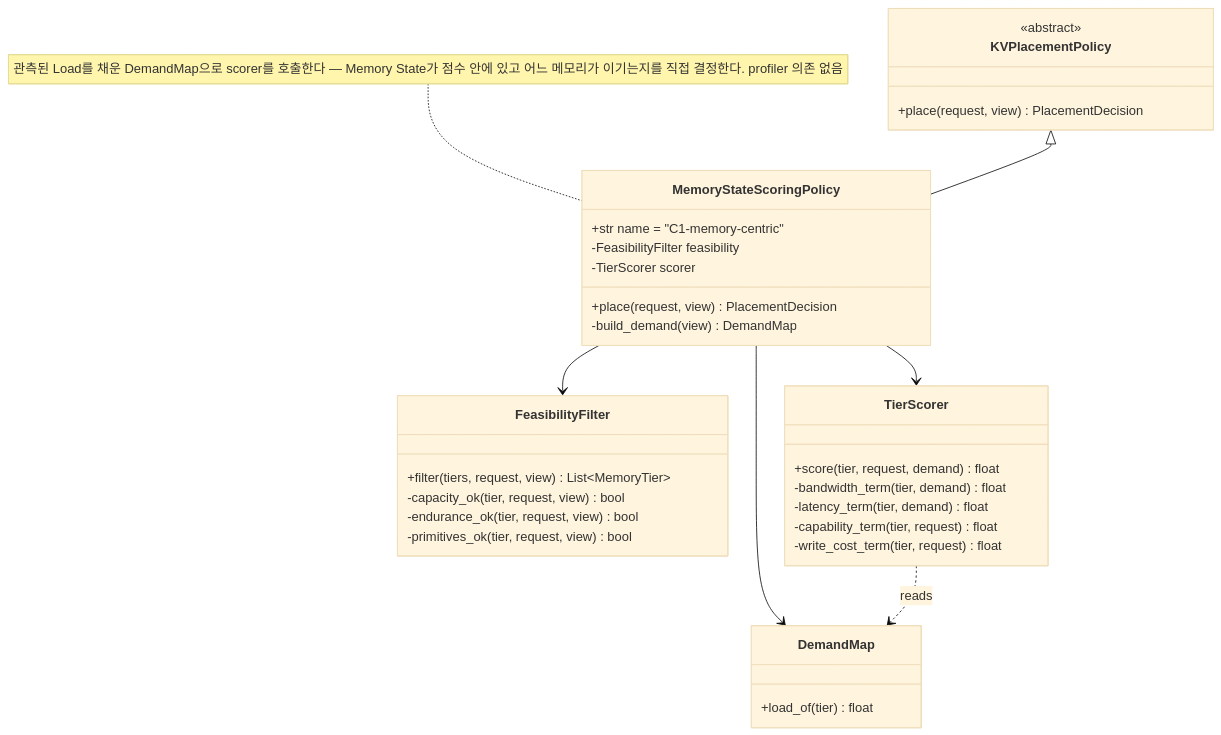
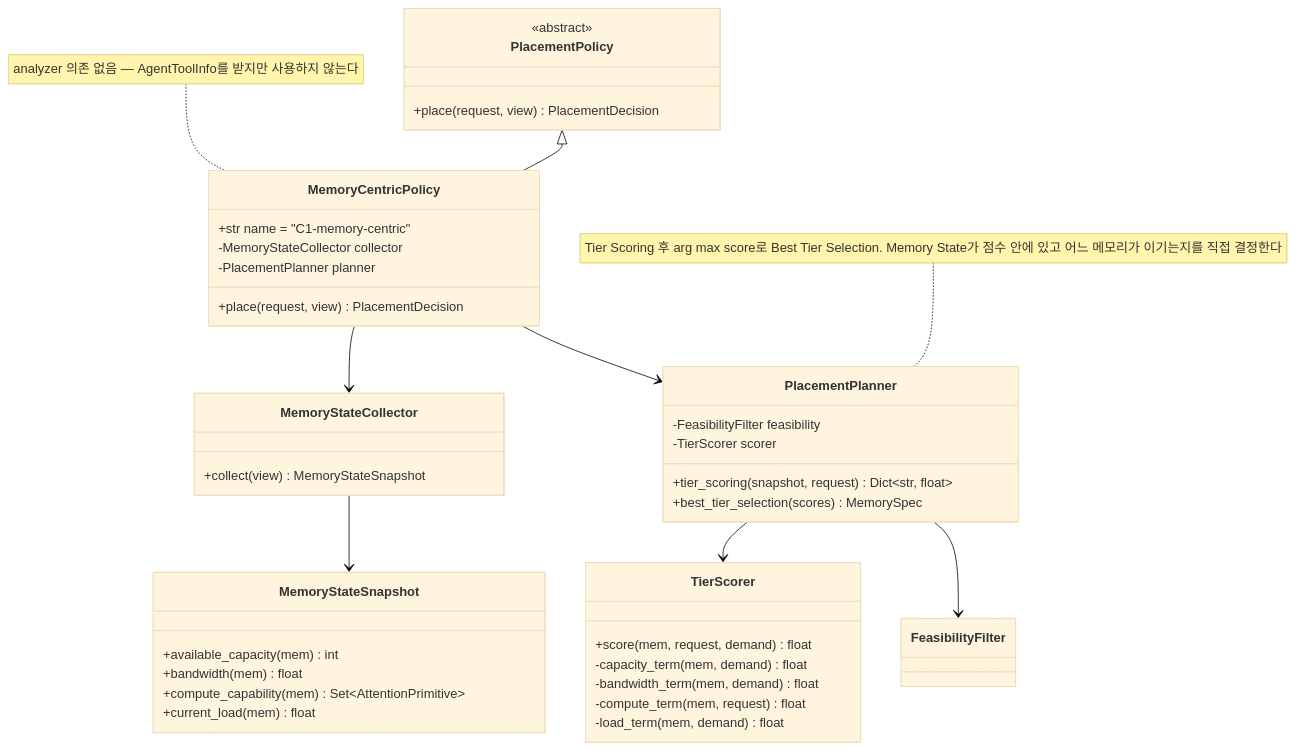
Before and after one commit to mkim0628/vllm: the third of 9 diagrams in doc-architect/dp1-implementation-uml.md, drawn with Mermaid (base theme). The commit also changed other lines of this file and 2 other files, not shown here.

First line of the commit message:
docs(dp1): fix the memory set, split attention from FFN, name the KV attributes

````diff
--- a/doc-architect/dp1-implementation-uml.md
+++ b/doc-architect/dp1-implementation-uml.md
@@ -237,42 +260,50 @@
 ```mermaid
 classDiagram
-    class KVPlacementPolicy {
+    class PlacementPolicy {
         <<abstract>>
         +place(request, view) PlacementDecision
     }
 
-    class MemoryStateScoringPolicy {
+    class MemoryCentricPolicy {
         +str name = "C1-memory-centric"
+        -MemoryStateCollector collector
+        -PlacementPlanner planner
+        +place(request, view) PlacementDecision
+    }
+
+    class MemoryStateCollector {
+        +collect(view) MemoryStateSnapshot
+    }
+
+    class MemoryStateSnapshot {
+        +available_capacity(mem) int
+        +bandwidth(mem) float
+        +compute_capability(mem) Set~AttentionPrimitive~
+        +current_load(mem) float
+    }
+
+    class PlacementPlanner {
         -FeasibilityFilter feasibility
         -TierScorer scorer
-        +place(request, view) PlacementDecision
-        -build_demand(view) DemandMap
-    }
-
-    class DemandMap {
-        +load_of(tier) float
-    }
-
-    class FeasibilityFilter {
-        +filter(tiers, request, view) List~MemoryTier~
-        -capacity_ok(tier, request, view) bool
-        -endurance_ok(tier, request, view) bool
-        -primitives_ok(tier, request, view) bool
+        +tier_scoring(snapshot, request) Dict~str, float~
+        +best_tier_selection(scores) MemorySpec
     }
 
     class TierScorer {
-        +score(tier, request, demand) float
-        -bandwidth_term(tier, demand) float
-        -latency_term(tier, demand) float
-        -capability_term(tier, request) float
-        -write_cost_term(tier, request) float
+        +score(mem, request, demand) float
+        -capacity_term(mem, demand) float
+        -bandwidth_term(mem, demand) float
+        -compute_term(mem, request) float
+        -load_term(mem, demand) float
     }
 
-    KVPlacementPolicy <|-- MemoryStateScoringPolicy
-    MemoryStateScoringPolicy --> FeasibilityFilter
-    MemoryStateScoringPolicy --> TierScorer
-    MemoryStateScoringPolicy --> DemandMap
-    TierScorer ..> DemandMap : reads
+    PlacementPolicy <|-- MemoryCentricPolicy
+    MemoryCentricPolicy --> MemoryStateCollector
+    MemoryCentricPolicy --> PlacementPlanner
+    MemoryStateCollector --> MemoryStateSnapshot
+    PlacementPlanner --> TierScorer
+    PlacementPlanner --> FeasibilityFilter
 
-    note for MemoryStateScoringPolicy "관측된 Load를 채운 DemandMap으로 scorer를 호출한다 — Memory State가 점수 안에 있고 어느 메모리가 이기는지를 직접 결정한다. profiler 의존 없음"
+    note for PlacementPlanner "Tier Scoring 후 arg max score로 Best Tier Selection. Memory State가 점수 안에 있고 어느 메모리가 이기는지를 직접 결정한다"
+    note for MemoryCentricPolicy "analyzer 의존 없음 — AgentToolInfo를 받지만 사용하지 않는다"
 ```
````
